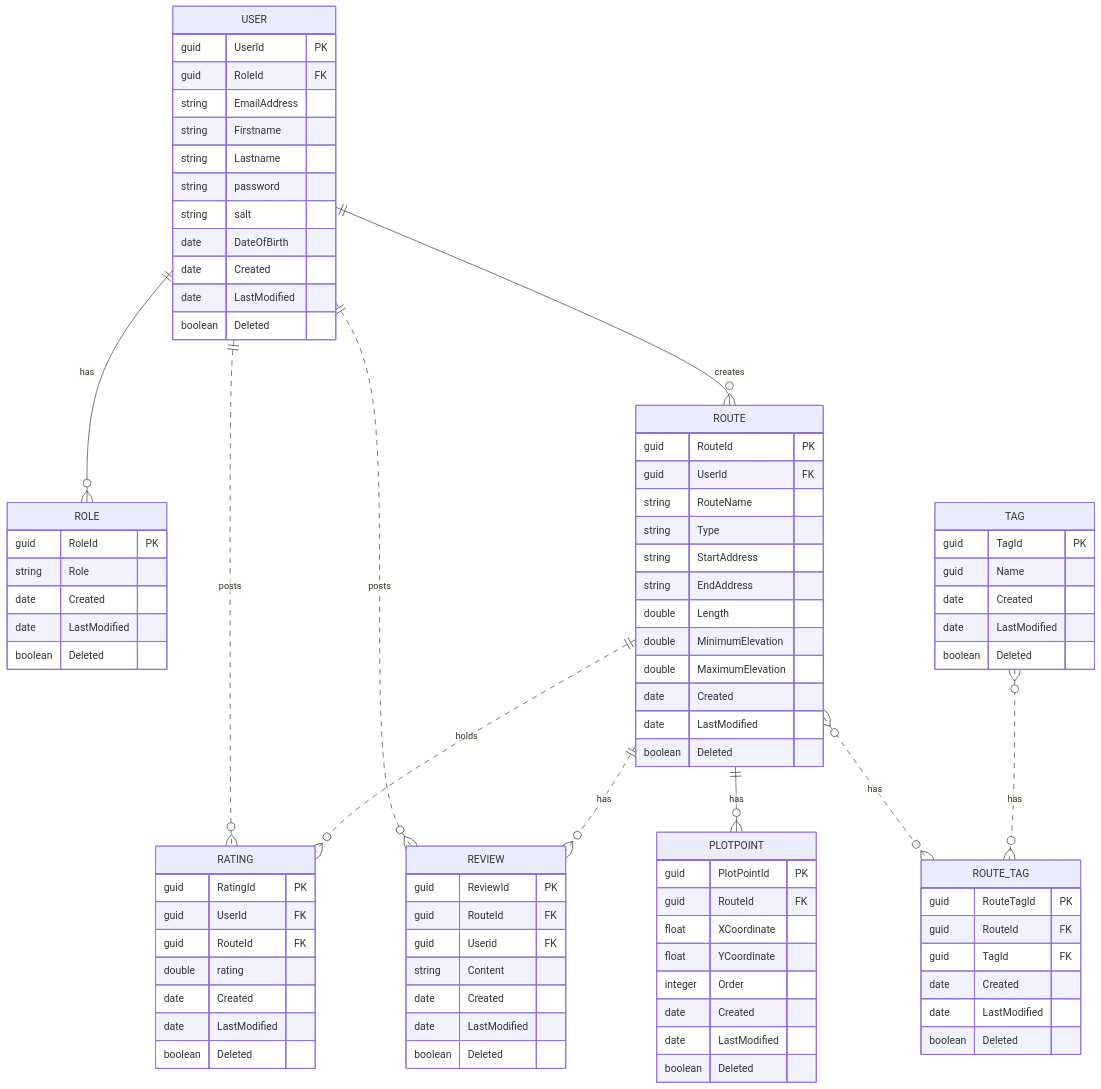
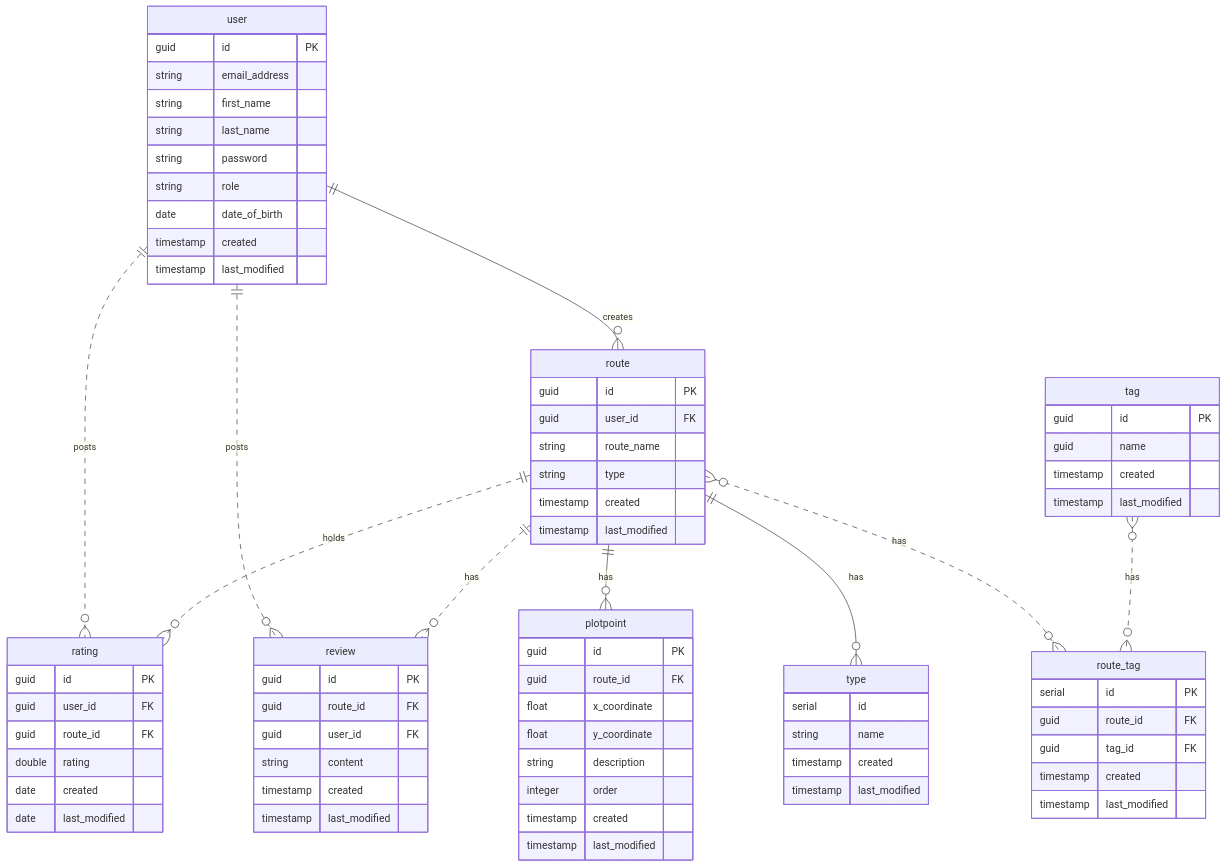
One commit to MurrayLyne96/RouteFinder changed the second of 2 diagrams in README.md. Above: the diagram before and after it, drawn with Mermaid.

````diff
--- a/README.md
+++ b/README.md
@@ -83,97 +83,85 @@
 ```mermaid
 erDiagram
-    USER ||--o{ ROLE : has
-    USER ||--o{ ROUTE : creates
-    USER ||..o{ REVIEW : posts
-    USER ||..o{ RATING : posts
-    ROUTE ||..o{ RATING : holds
-    ROUTE ||..o{ REVIEW : has
-    ROUTE ||--o{ PLOTPOINT: has
-    ROUTE }o..o{ ROUTE_TAG: has
-    TAG }o..o{ ROUTE_TAG: has
+    user ||--o{ route : creates
+    user ||..o{ review : posts
+    user ||..o{ rating : posts
+    route ||..o{ rating : holds
+    route ||..o{ review : has
+    route ||--o{ plotpoint: has
+    route ||--o{ type: has
+    route }o..o{ route_tag: has
+    tag }o..o{ route_tag: has
 
-    USER {
-        guid UserId PK
-        guid RoleId FK
-        string EmailAddress
-        string Firstname
-        string Lastname
+    user {
+        guid id PK
+        string email_address
+        string first_name
+        string last_name
         string password
-        string salt
-        date DateOfBirth
-        date Created
-        date LastModified
-        boolean Deleted
+        string role
+        date date_of_birth
+        timestamp created
+        timestamp last_modified
     }
 
-    ROLE {
-        guid RoleId PK
-        string Role
-        date Created
-        date LastModified
-        boolean Deleted
+    type {
+        serial id
+        string name
+        timestamp created
+        timestamp last_modified
     }
 
-    ROUTE {
-        guid RouteId PK
-        guid UserId FK
-        string RouteName
-        string Type
-        string StartAddress
-        string EndAddress
-        double Length
-        double MinimumElevation
-        double MaximumElevation
-        date Created
-        date LastModified
-        boolean Deleted
+    route {
+        guid id PK
+        guid user_id FK
+        string route_name
+        string type
+        timestamp created
+        timestamp last_modified
     }
 
-    REVIEW {
-        guid ReviewId PK
-        guid RouteId FK
-        guid Userid FK
-        string Content
-        date Created
-        date LastModified
-        boolean Deleted
+    review {
+        guid id PK
+        guid route_id FK
+        guid user_id FK
+        string content
+        timestamp created
+        timestamp last_modified
     }
 
-    PLOTPOINT {
-        guid PlotPointId PK
-        guid RouteId FK
-        float XCoordinate
-        float YCoordinate
-        integer Order
-        date Created
-        date LastModified
-        boolean Deleted
+    plotpoint {
+        guid id PK
+        guid route_id FK
+        float x_coordinate
+        float y_coordinate
+        string description
+        integer order
+        timestamp created
+        timestamp last_modified
     }
 
-    RATING {
-        guid RatingId PK
-        guid UserId FK
-        guid RouteId FK
+    rating {
+        guid id PK
+        guid user_id FK
+        guid route_id FK
         double rating
-        date Created
-        date LastModified
-        boolean Deleted
+        date created
+        date last_modified
     }
 
-    TAG { 
-        guid TagId PK
-        guid Name
-        date Created
-        date LastModified
-        boolean Deleted
+    tag { 
+        guid id PK
+        guid name
+        timestamp created
+        timestamp last_modified
     }
 
-    ROUTE_TAG {
-        guid RouteTagId PK
-        guid RouteId FK
-        guid TagId FK
-        date Created
-        date LastModified
-        boolean Deleted
+    route_tag {
+        serial id PK
+        guid route_id FK
+        guid tag_id FK
+        timestamp created
+        timestamp last_modified
     }
+
 ```
````
